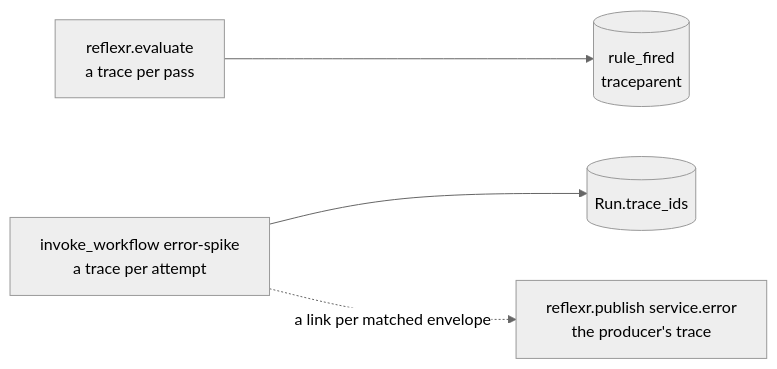
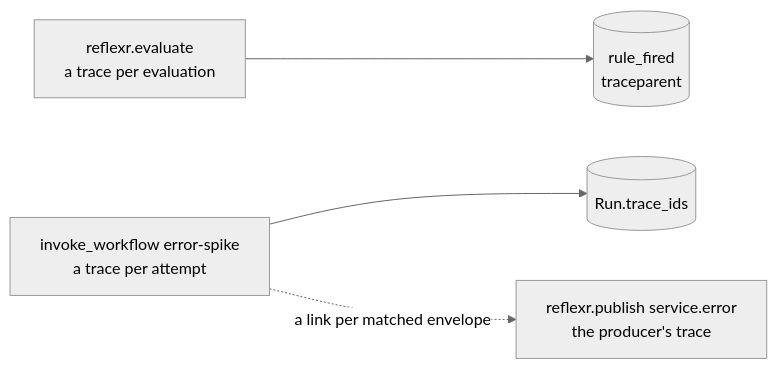
One commit to alexnodeland/lattice changed the diagram in packages/reflexr/docs/guides/observability.md. Above: the diagram before and after it, drawn with Mermaid (neutral theme). The commit also changed other lines of this file and 42 other files, not shown here.

````diff
--- a/packages/reflexr/docs/guides/observability.md
+++ b/packages/reflexr/docs/guides/observability.md
@@ -84,11 +97,11 @@
 ```mermaid
 graph LR
     publish["reflexr.publish service.error<br/>the producer's trace"]
-    evaluate["reflexr.evaluate<br/>a trace per pass"]
+    evaluate["reflexr.evaluate<br/>a trace per evaluation"]
     attempt["invoke_workflow error-spike<br/>a trace per attempt"]
     fired[("rule_fired<br/>traceparent")]
     run[("Run.trace_ids")]
     evaluate --> fired
     attempt --> run
     attempt -. "a link per matched envelope" .-> publish
 ```
````
